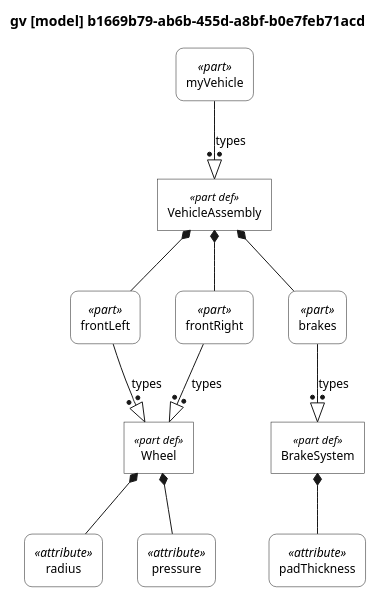
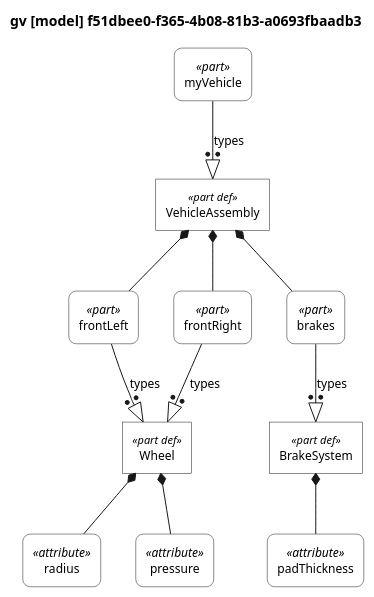
One commit to mycr0ft/sysml2py changed the diagram in docs/plantuml-examples/03-vehicle-structure.puml. Above: the diagram before and after it, drawn with PlantUML. The commit also changed 27 other files, not shown here.

```diff
--- a/docs/plantuml-examples/03-vehicle-structure.puml
+++ b/docs/plantuml-examples/03-vehicle-structure.puml
@@ -1,129 +1,129 @@
 @startuml
 
 skinparam monochrome true
 skinparam wrapWidth 300
 skinparam defaultFontSize 12
 skinparam defaultFontName Helvetica
 
 ' Definitions: sharp corners, plain background
 skinparam rectangle<<part def>> {
     RoundCorner 0
     BackgroundColor white
     StereotypeFontSize 11
 }
 skinparam rectangle<<item def>> {
     RoundCorner 0
     BackgroundColor white
 }
 skinparam rectangle<<attribute def>> {
     RoundCorner 0
     BackgroundColor white
 }
 skinparam rectangle<<port def>> {
     RoundCorner 0
     BackgroundColor white
 }
 skinparam rectangle<<action def>> {
     RoundCorner 0
     BackgroundColor white
 }
 skinparam rectangle<<state def>> {
     RoundCorner 0
     BackgroundColor white
 }
 skinparam rectangle<<requirement def>> {
     RoundCorner 0
     BackgroundColor white
 }
 skinparam rectangle<<view def>> {
     RoundCorner 0
     BackgroundColor white
 }
 skinparam rectangle<<viewpoint def>> {
     RoundCorner 0
     BackgroundColor white
 }
 skinparam rectangle<<enumeration def>> {
     RoundCorner 0
     BackgroundColor white
 }
 
 ' Usages: rounded corners, plain background
 skinparam rectangle<<part>> {
     RoundCorner 15
     BackgroundColor white
 }
 skinparam rectangle<<item>> {
     RoundCorner 15
     BackgroundColor white
 }
 skinparam rectangle<<attribute>> {
     RoundCorner 15
     BackgroundColor white
 }
 skinparam rectangle<<port>> {
     RoundCorner 15
     BackgroundColor white
 }
 skinparam rectangle<<action>> {
     RoundCorner 15
     BackgroundColor white
 }
 skinparam rectangle<<state>> {
     RoundCorner 15
     BackgroundColor white
 }
 skinparam rectangle<<requirement>> {
     RoundCorner 15
     BackgroundColor white
 }
 skinparam rectangle<<view>> {
     RoundCorner 15
     BackgroundColor white
 }
 skinparam rectangle<<viewpoint>> {
     RoundCorner 15
     BackgroundColor white
 }
 skinparam rectangle<<enumeration>> {
     RoundCorner 15
     BackgroundColor white
 }
 
 ' Views as folders
 skinparam folder<<view def>> {
     BackgroundColor white
 }
 skinparam folder<<view>> {
     BackgroundColor white
 }
 
 top to bottom direction
 
-title gv [model] b1669b79-ab6b-455d-a8bf-b0e7feb71acd
+title gv [model] f51dbee0-f365-4b08-81b3-a0693fbaadb3
 
 hide circle
 
 rectangle "Wheel" as E1 <<part def>>
 rectangle "radius" as E2 <<attribute>>
 rectangle "pressure" as E4 <<attribute>>
 rectangle "BrakeSystem" as E6 <<part def>>
 rectangle "padThickness" as E7 <<attribute>>
 rectangle "VehicleAssembly" as E9 <<part def>>
 rectangle "frontLeft" as E10 <<part>>
 rectangle "frontRight" as E11 <<part>>
 rectangle "brakes" as E12 <<part>>
 rectangle "myVehicle" as E13 <<part>>
 
 E1 *-- E2
 E1 *-- E4
 E6 *-- E7
 E9 *-- E10
 E10 --:|> E1 : types
 E9 *-- E11
 E11 --:|> E1 : types
 E9 *-- E12
 E12 --:|> E6 : types
 E13 --:|> E9 : types
 
 @enduml
```
